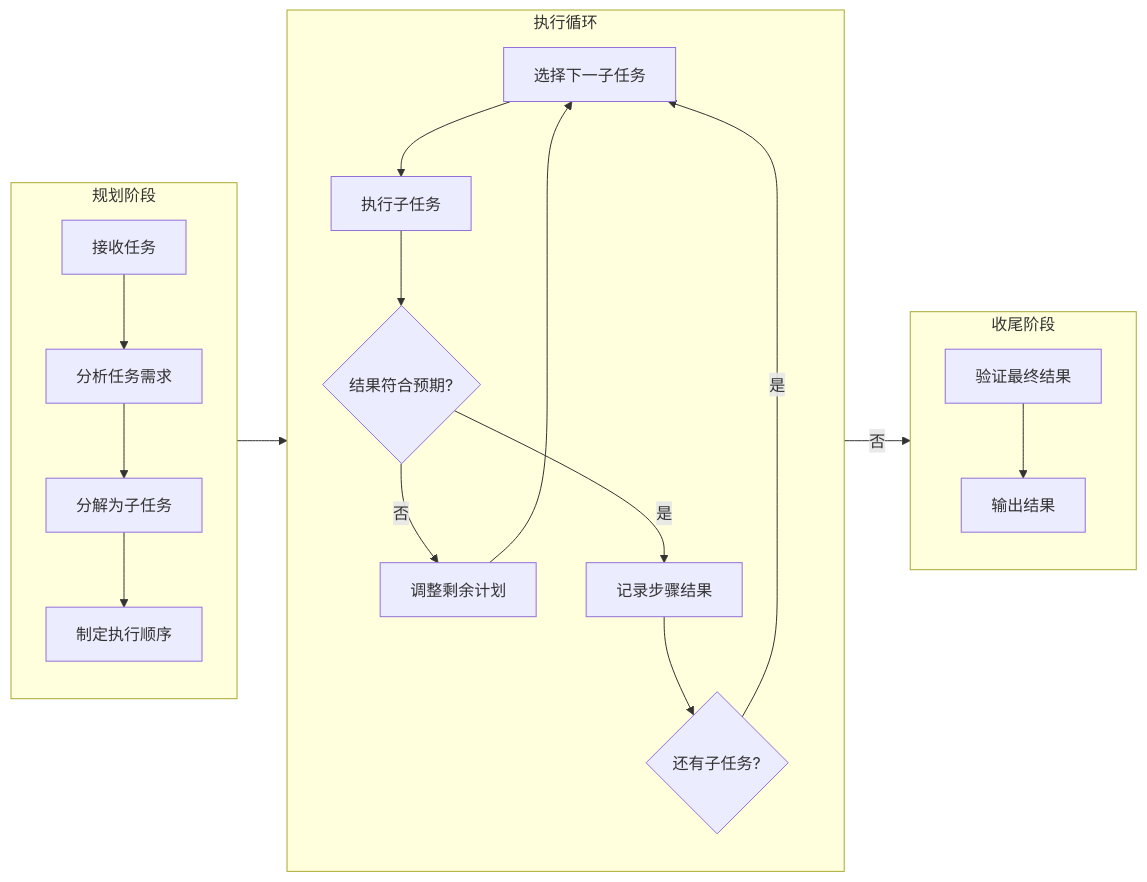
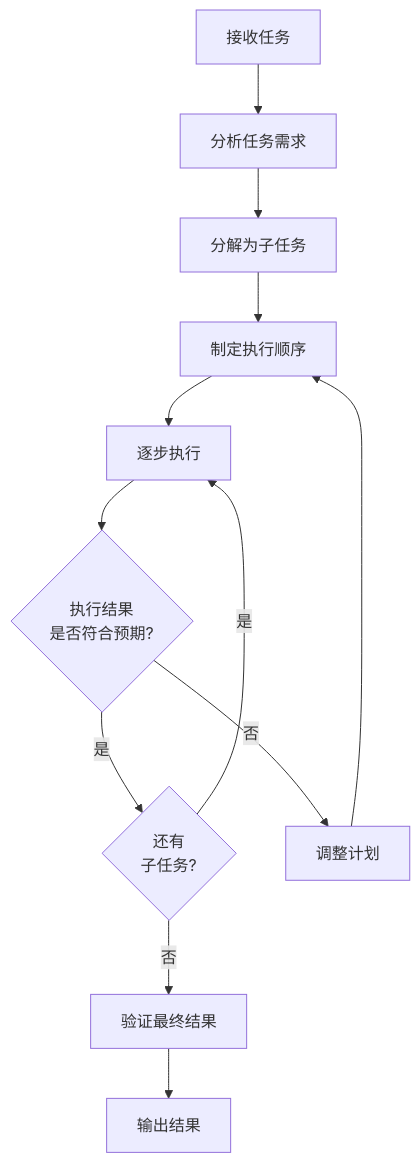
Before and after one commit to dollarser/modern-ai-agent-architecture: the third of 3 diagrams in docs/chapters/05-reasoning-planning/README.md, drawn with Mermaid. The commit also changed 14 other files, not shown here.

Commit message:
Align MVP chapter with progressive architecture

````diff
--- a/docs/chapters/05-reasoning-planning/README.md
+++ b/docs/chapters/05-reasoning-planning/README.md
@@ -378,28 +378,14 @@
 ```mermaid
-flowchart LR
-    subgraph Planning["规划阶段"]
-        direction TB
-        Task[接收任务] --> Analyze[分析任务需求]
-        Analyze --> Decompose[分解为子任务]
-        Decompose --> Schedule[制定执行顺序]
-    end
-
-    subgraph Running["执行循环"]
-        direction TB
-        Select[选择下一子任务] --> Execute[执行子任务]
-        Execute --> Check{结果符合预期?}
-        Check -->|否| Replan[调整剩余计划]
-        Replan --> Select
-        Check -->|是| Complete[记录步骤结果]
-        Complete --> Next{还有子任务?}
-        Next -->|是| Select
-    end
-
-    subgraph Finish["收尾阶段"]
-        direction TB
-        Verify[验证最终结果] --> Done[输出结果]
-    end
-
-    Schedule --> Select
-    Next -->|否| Verify
+flowchart TD
+    Task[接收任务] --> Analyze[分析任务需求]
+    Analyze --> Decompose[分解为子任务]
+    Decompose --> Schedule[制定执行顺序]
+    Schedule --> Execute[逐步执行]
+    Execute --> Check{执行结果<br/>是否符合预期?}
+    Check -->|是| Next{还有<br/>子任务?}
+    Check -->|否| Replan[调整计划]
+    Replan --> Schedule
+    Next -->|是| Execute
+    Next -->|否| Verify[验证最终结果]
+    Verify --> Done[输出结果]
 ```
````
